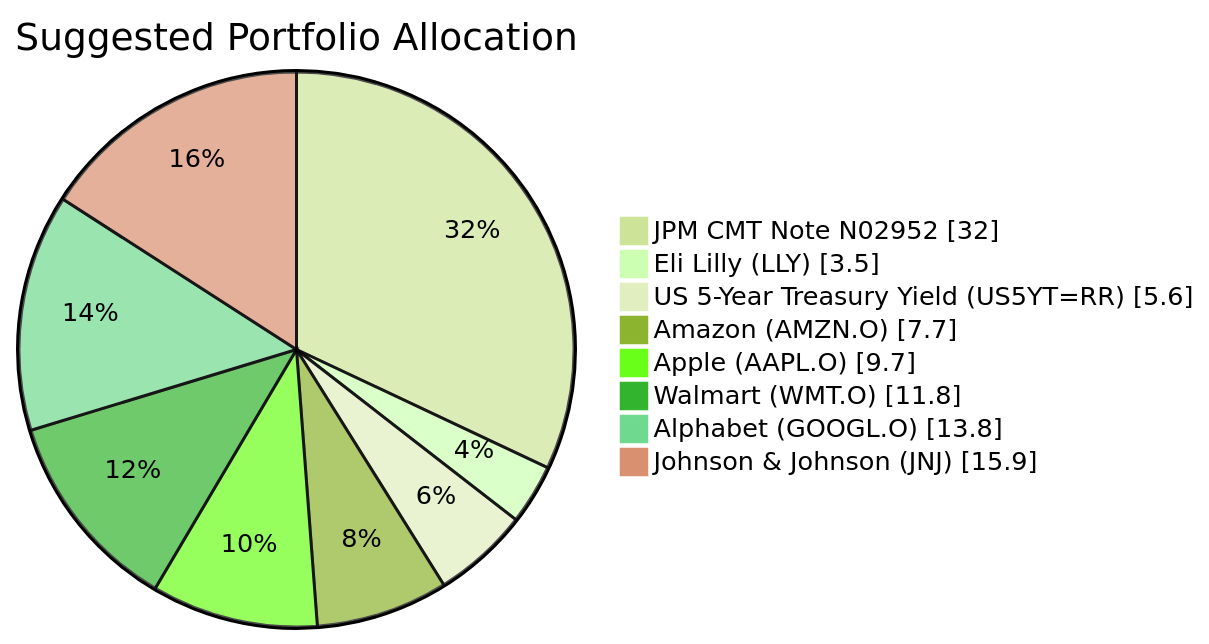
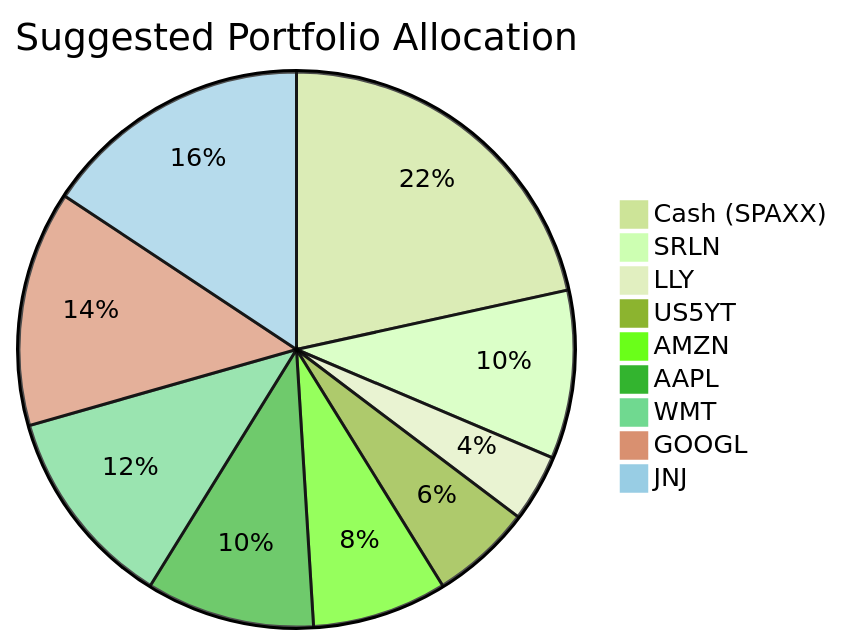
The second of 2 diagrams in docs/sample outputs/client_product_fit_analysis_4.md (roger249/Bot-collaboration), drawn with Mermaid (forest theme) before and after one commit. The commit also changed other lines of this file and 16 other files, not shown here.

````diff
--- a/docs/sample outputs/client_product_fit_analysis_4.md
+++ b/docs/sample outputs/client_product_fit_analysis_4.md
@@ -72,12 +63,12 @@
 ```mermaid
-pie showData
-    title Suggested Portfolio Allocation
-    "JPM CMT Note N02952" : 32.0
-    "Eli Lilly (LLY)" : 3.5
-    "US 5-Year Treasury Yield (US5YT=RR)" : 5.6
-    "Amazon (AMZN.O)" : 7.7
-    "Apple (AAPL.O)" : 9.7
-    "Walmart (WMT.O)" : 11.8
-    "Alphabet (GOOGL.O)" : 13.8
-    "Johnson & Johnson (JNJ)" : 15.9
+pie title Suggested Portfolio Allocation
+    "Cash (SPAXX)" : 22
+    "SRLN" : 10
+    "LLY" : 4
+    "US5YT" : 6
+    "AMZN" : 8
+    "AAPL" : 10
+    "WMT" : 12
+    "GOOGL" : 14
+    "JNJ" : 16
 ```
````
